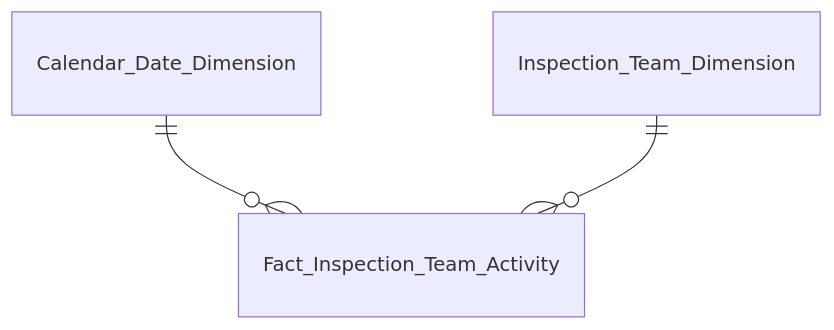
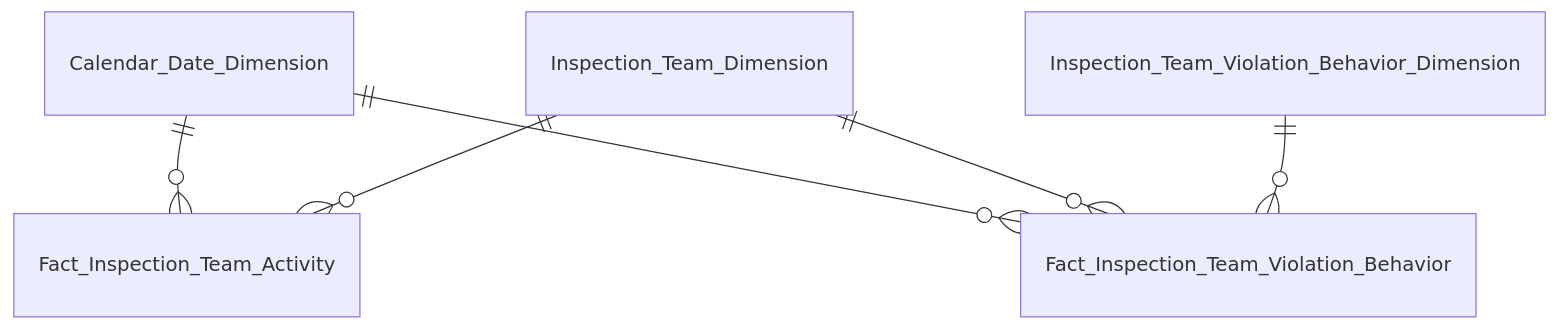
The first of 8 diagrams in Datamart/hld/DTM_TT_Entities.md (linhlvit/ubck_atomic_design), drawn with Mermaid before and after one commit. The commit also changed other lines of this file and 26 other files, not shown here.

````diff
--- a/Datamart/hld/DTM_TT_Entities.md
+++ b/Datamart/hld/DTM_TT_Entities.md
@@ -9,5 +11,8 @@
 ```mermaid
 erDiagram
     Calendar_Date_Dimension ||--o{ Fact_Inspection_Team_Activity : " "
     Inspection_Team_Dimension ||--o{ Fact_Inspection_Team_Activity : " "
+    Calendar_Date_Dimension ||--o{ Fact_Inspection_Team_Violation_Behavior : " "
+    Inspection_Team_Dimension ||--o{ Fact_Inspection_Team_Violation_Behavior : " "
+    Inspection_Team_Violation_Behavior_Dimension ||--o{ Fact_Inspection_Team_Violation_Behavior : " "
 ```
````
